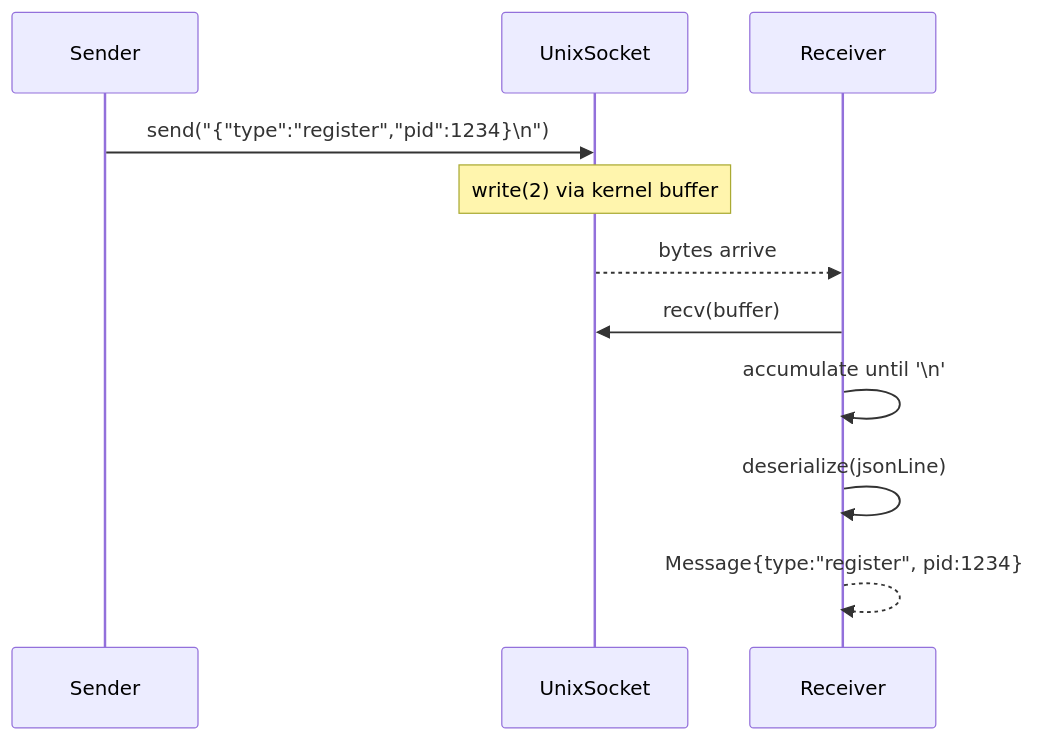
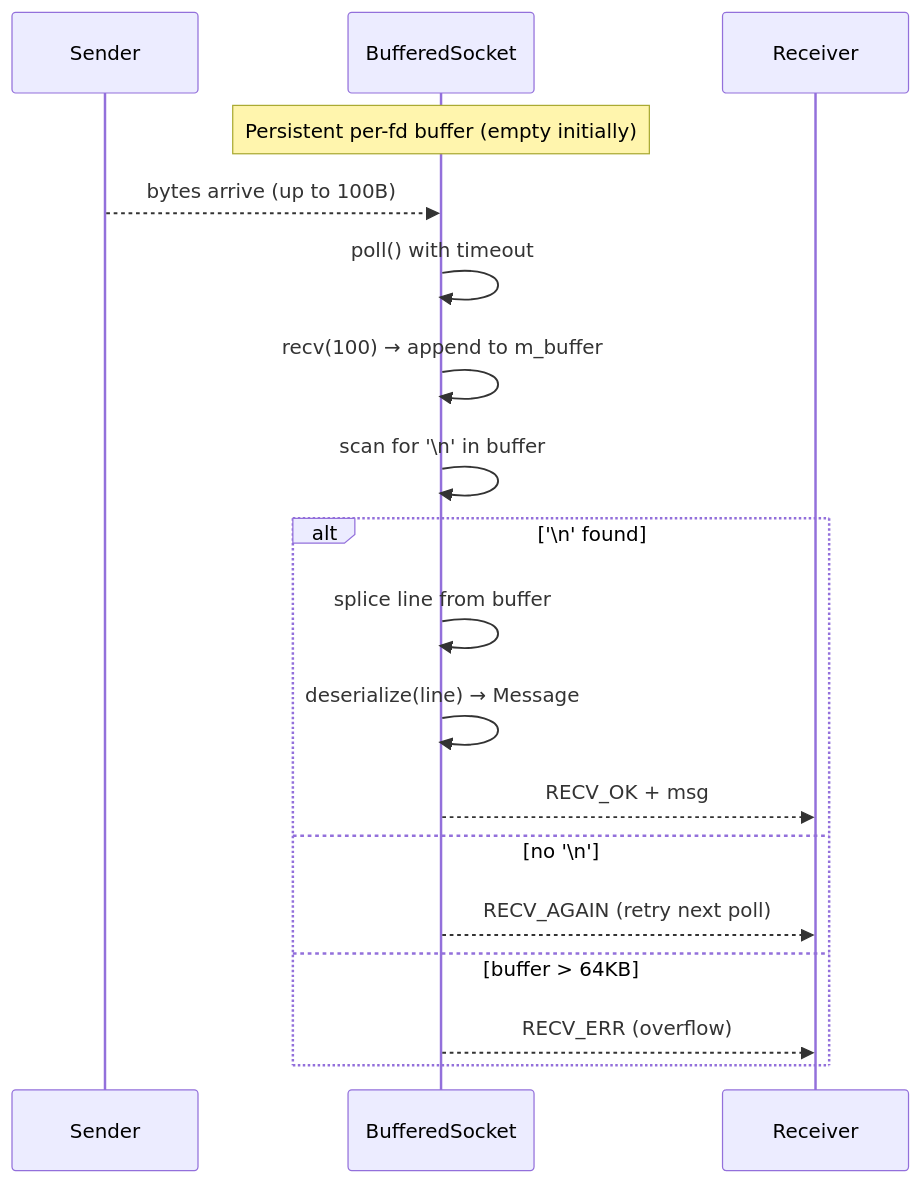
The second of 2 diagrams in src/ipc_protocol.spec.md (opensassi/a0), drawn with Mermaid before and after one commit. The commit also changed other lines of this file and 32 other files, not shown here.

````diff
--- a/src/ipc_protocol.spec.md
+++ b/src/ipc_protocol.spec.md
@@ -133,14 +184,23 @@
 ```mermaid
 sequenceDiagram
     participant Sender
-    participant Sock as UnixSocket
+    participant BS as BufferedSocket
     participant Receiver
 
-    Sender->>Sock: send("{"type":"register","pid":1234}\n")
-    Note over Sock: write(2) via kernel buffer
-    Sock-->>Receiver: bytes arrive
-    Receiver->>Sock: recv(buffer)
-    Receiver->>Receiver: accumulate until '\n'
-    Receiver->>Receiver: deserialize(jsonLine)
-    Receiver-->>Receiver: Message{type:"register", pid:1234}
+    Note over BS: Persistent per-fd buffer (empty initially)
+
+    Sender-->>BS: bytes arrive (up to 100B)
+    BS->>BS: poll() with timeout
+    BS->>BS: recv(100) → append to m_buffer
+    BS->>BS: scan for '\n' in buffer
+
+    alt '\n' found
+        BS->>BS: splice line from buffer
+        BS->>BS: deserialize(line) → Message
+        BS-->>Receiver: RECV_OK + msg
+    else no '\n'
+        BS-->>Receiver: RECV_AGAIN (retry next poll)
+    else buffer > 64KB
+        BS-->>Receiver: RECV_ERR (overflow)
+    end
 ```
````
